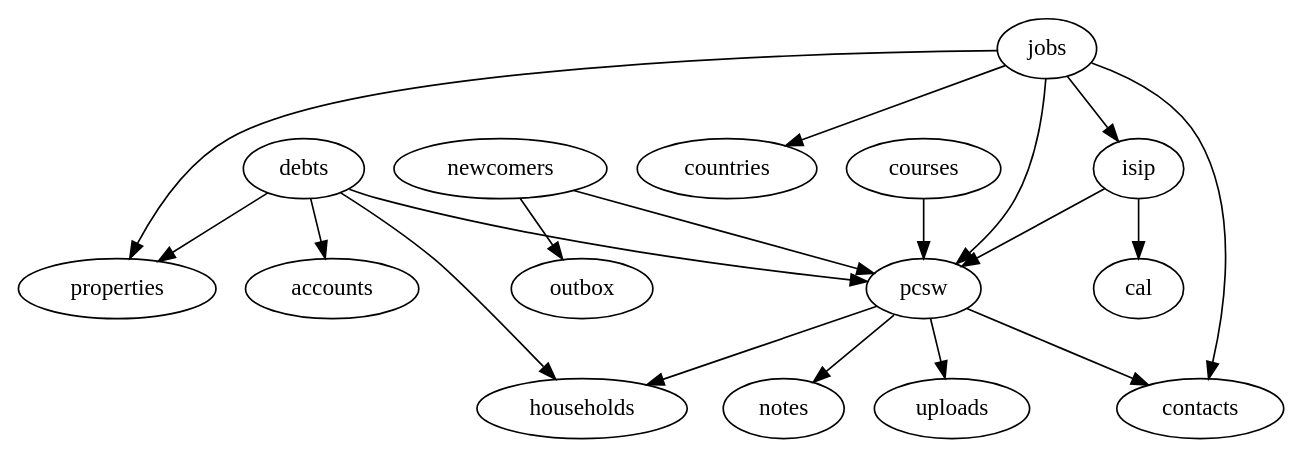
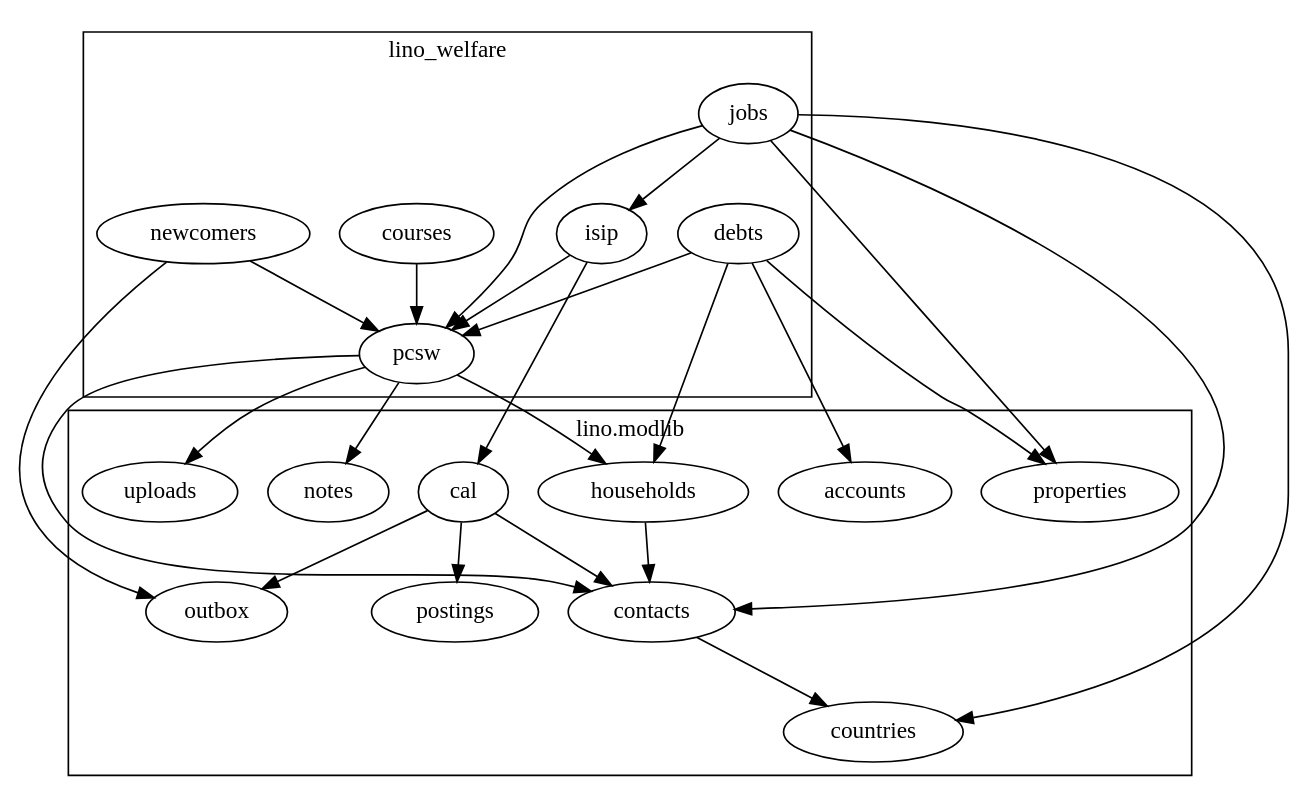
One commit to lino-framework/lino changed the second of 2 diagrams in docs/blog/2012/1011.rst. Above: the diagram before and after it, drawn with Graphviz. The commit also changed other lines of this file and 2 other files, not shown here.

Commit message:
http://code.google.com/p/lino/source/browse/docs/blog/2012/1011.rst

```diff
--- a/docs/blog/2012/1011.rst
+++ b/docs/blog/2012/1011.rst
@@ -82,29 +101,47 @@
 .. graphviz:: 
    
    digraph foo {
    
+      
+      subgraph cluster_modlib {
+        label = "lino.modlib";
+        outbox contacts notes uploads households accounts cal countries properties postings;
+      }
+      
+      subgraph cluster_welfare {
+        label = "lino_welfare";
+        pcsw newcomers debts isip jobs courses; 
+      }
+   
+      households -> contacts;
       pcsw -> contacts;
       pcsw -> notes;
       pcsw -> uploads;
       pcsw -> households;
       
       newcomers -> pcsw ;
       newcomers -> outbox;
       
       
       debts -> pcsw;
       debts -> accounts;
       debts -> households;
       debts -> properties;
    
       courses -> pcsw ;
       
       isip -> pcsw ;
       isip -> cal ;
       
+      cal -> contacts;
+      cal -> postings;
+      cal -> outbox;
       jobs -> contacts;
       jobs -> properties;
       jobs -> countries;
+      contacts -> countries;
       jobs -> isip;
       jobs -> pcsw;
+      
+      overlap=false;
    }
```
